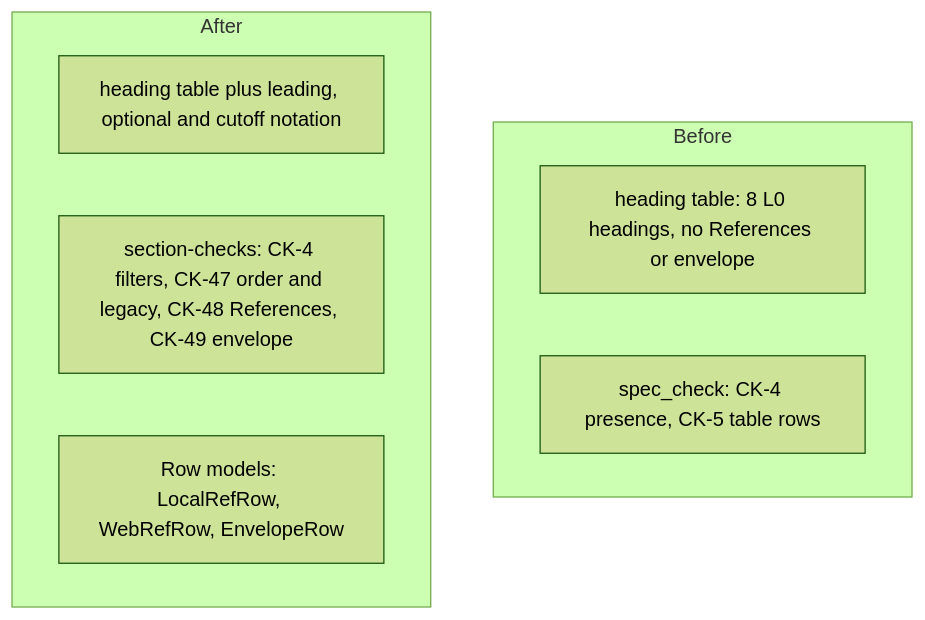
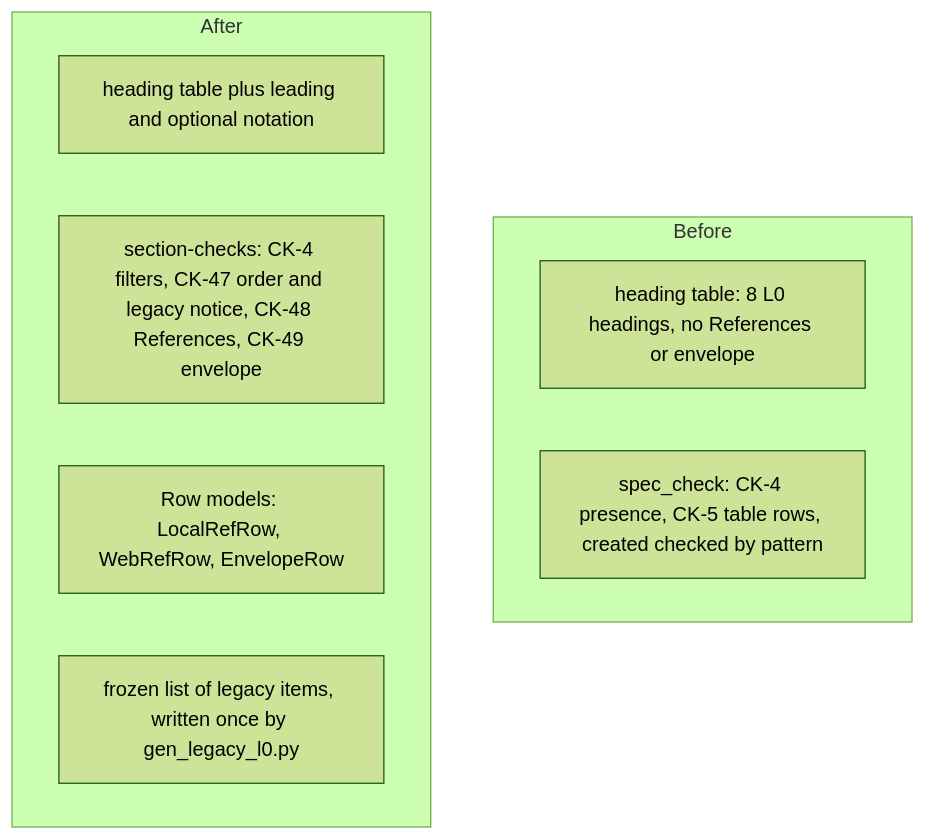
One commit to sibulus13/claudence changed the diagram in docs/work/spec-references-envelope/components.md. Above: the diagram before and after it, drawn with Mermaid (forest theme). The commit also changed other lines of this file and 3 other files, not shown here.

First line of the commit message:
docs: spec-references-envelope fix round; reviewer opens every cited line

````diff
--- a/docs/work/spec-references-envelope/components.md
+++ b/docs/work/spec-references-envelope/components.md
@@ -3,12 +3,13 @@
 ```mermaid
 flowchart TD
   subgraph Before
     B1[heading table: 8 L0 headings, no References or envelope]
-    B2[spec_check: CK-4 presence, CK-5 table rows]
+    B2[spec_check: CK-4 presence, CK-5 table rows, created checked by pattern]
   end
   subgraph After
-    A1[heading table plus leading, optional and cutoff notation]
-    A2[section-checks: CK-4 filters, CK-47 order and legacy, CK-48 References, CK-49 envelope]
+    A1[heading table plus leading and optional notation]
+    A2[section-checks: CK-4 filters, CK-47 order and legacy notice, CK-48 References, CK-49 envelope]
     A3[Row models: LocalRefRow, WebRefRow, EnvelopeRow]
+    A4[frozen list of legacy items, written once by gen_legacy_l0.py]
   end
 ```
````
